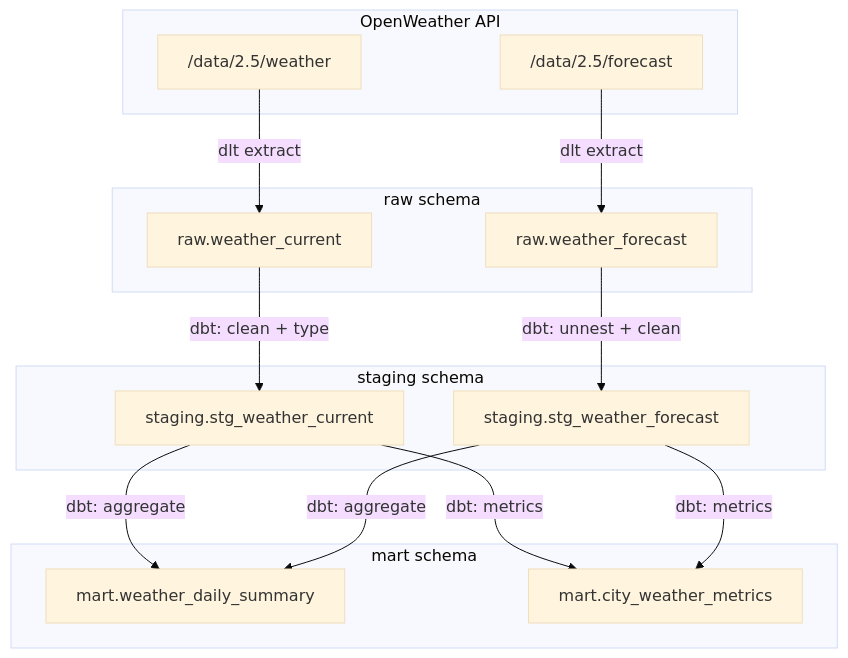
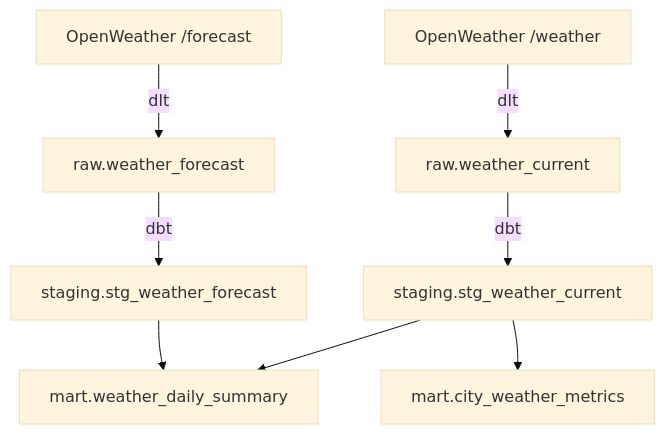
One commit to Adrien-Crapart/data-engineering-pipeline changed the second of 2 diagrams in README.md. Above: the diagram before and after it, drawn with Mermaid (base theme). The commit also changed other lines of this file, not shown here.

````diff
--- a/README.md
+++ b/README.md
@@ -206,28 +253,12 @@
 ```mermaid
 flowchart TD
-    subgraph source [OpenWeather API]
-        EP1["/data/2.5/weather"]
-        EP2["/data/2.5/forecast"]
-    end
-    subgraph raw [raw schema]
-        R1["raw.weather_current"]
-        R2["raw.weather_forecast"]
-    end
-    subgraph staging [staging schema]
-        S1["staging.stg_weather_current"]
-        S2["staging.stg_weather_forecast"]
-    end
-    subgraph mart [mart schema]
-        M1["mart.weather_daily_summary"]
-        M2["mart.city_weather_metrics"]
-    end
+    EP1["OpenWeather /weather"] -->|"dlt"| R1["raw.weather_current"]
+    EP2["OpenWeather /forecast"] -->|"dlt"| R2["raw.weather_forecast"]
 
-    EP1 -->|"dlt extract"| R1
-    EP2 -->|"dlt extract"| R2
-    R1 -->|"dbt: clean + type"| S1
-    R2 -->|"dbt: unnest + clean"| S2
-    S1 -->|"dbt: aggregate"| M1
-    S2 -->|"dbt: aggregate"| M1
-    S1 -->|"dbt: metrics"| M2
-    S2 -->|"dbt: metrics"| M2
+    R1 -->|"dbt"| S1["staging.stg_weather_current"]
+    R2 -->|"dbt"| S2["staging.stg_weather_forecast"]
+
+    S1 --> M1["mart.weather_daily_summary"]
+    S2 --> M1
+    S1 --> M2["mart.city_weather_metrics"]
 ```
````
